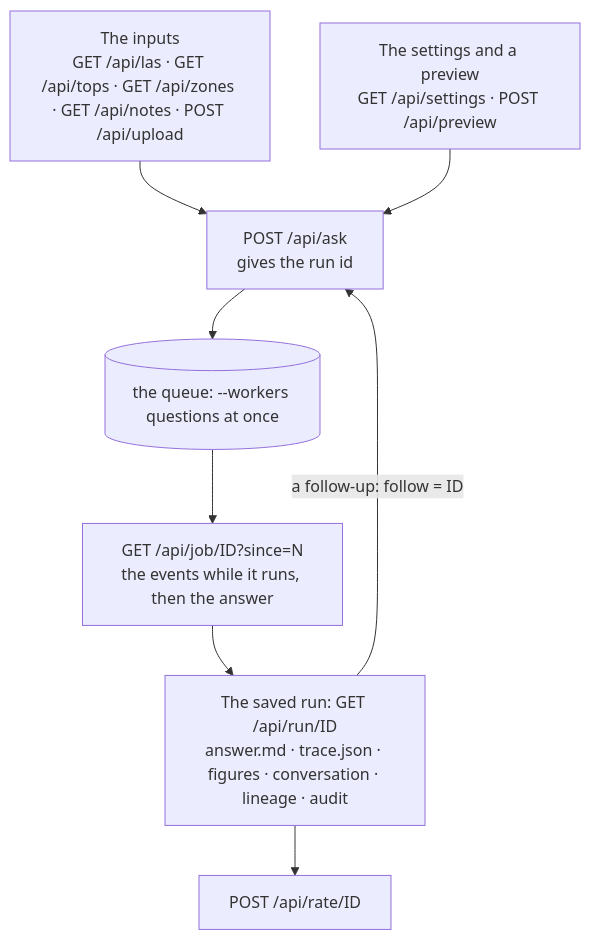
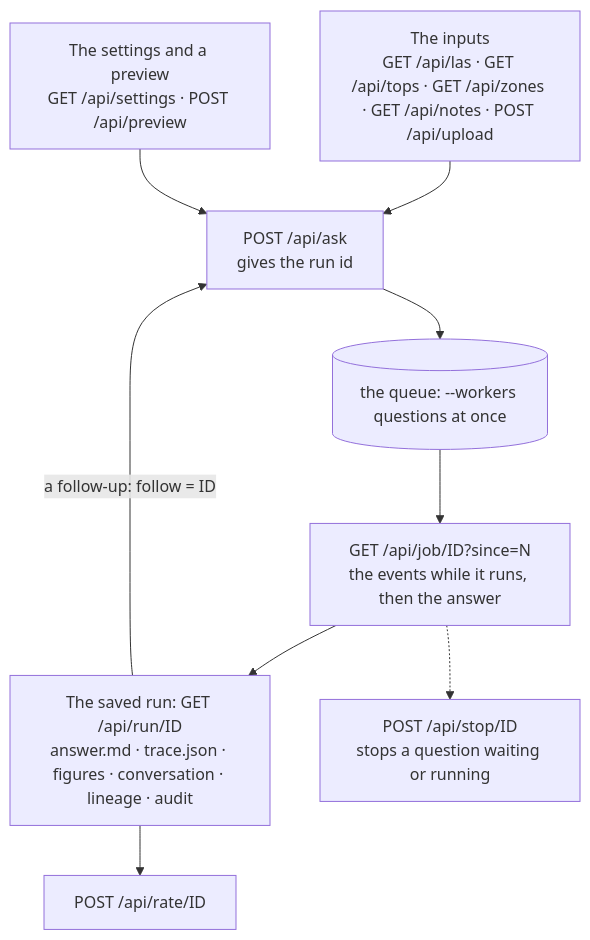
Before and after one commit to sambalshikhar/PetroHarness: the first of 3 diagrams in docs/reference/WEB_UI_API.md, drawn with Mermaid. The commit also changed other lines of this file and 50 other files, not shown here.

````diff
--- a/docs/reference/WEB_UI_API.md
+++ b/docs/reference/WEB_UI_API.md
@@ -11,14 +11,16 @@
 ```mermaid
 flowchart TD
     inputs["The inputs<br/>GET /api/las · GET /api/tops · GET /api/zones · GET /api/notes · POST /api/upload"]
     settings["The settings and a preview<br/>GET /api/settings · POST /api/preview"]
     ask["POST /api/ask<br/>gives the run id"]
     queue[("the queue: --workers questions at once")]
     job["GET /api/job/ID?since=N<br/>the events while it runs, then the answer"]
     run["The saved run: GET /api/run/ID<br/>answer.md · trace.json · figures · conversation · lineage · audit"]
     rate["POST /api/rate/ID"]
+    stop["POST /api/stop/ID<br/>stops a question waiting or running"]
     inputs --> ask
     settings --> ask
     ask --> queue --> job --> run --> rate
+    job -.-> stop
     run -- "a follow-up: follow = ID" --> ask
 ```
````
